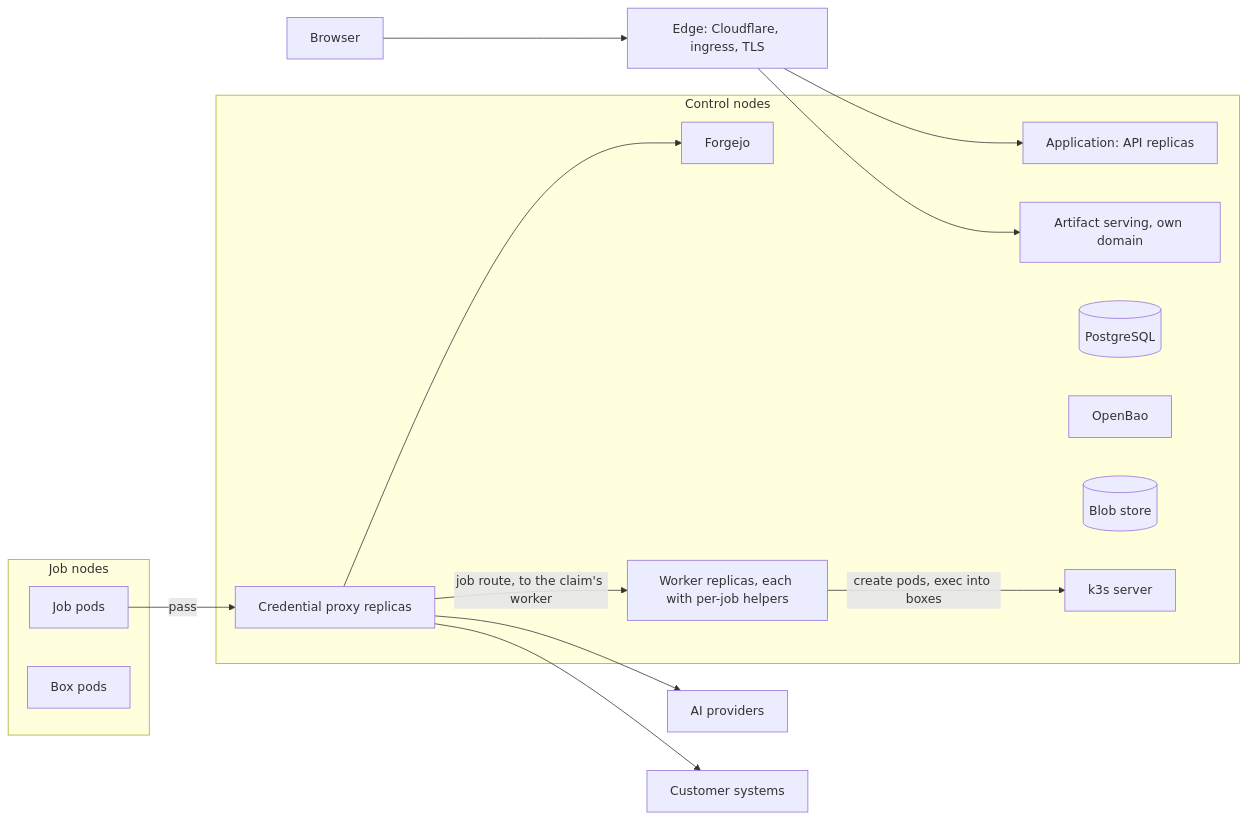
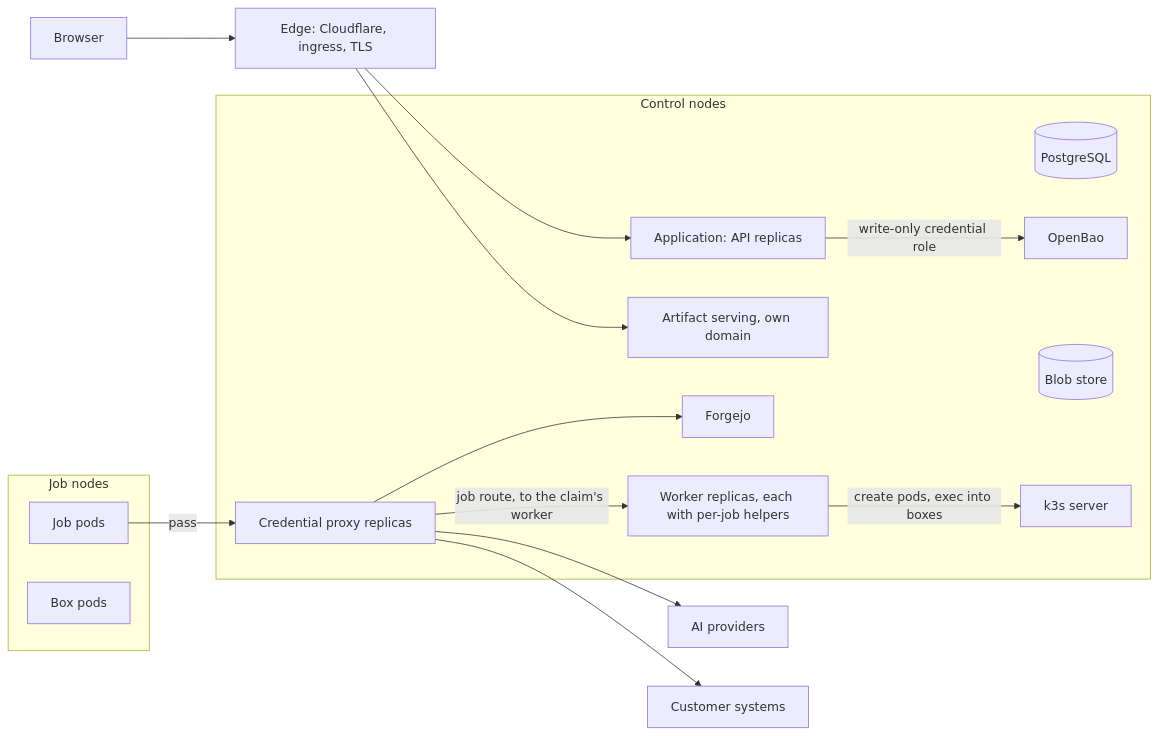
One commit to beetroot-salad/cyber-response-agent changed the diagram in defender/docs/decisions/vps-compose-deployment.md. Above: the diagram before and after it, drawn with Mermaid. The commit also changed other lines of this file and 12 other files, not shown here.

````diff
--- a/defender/docs/decisions/vps-compose-deployment.md
+++ b/defender/docs/decisions/vps-compose-deployment.md
@@ -178,27 +178,28 @@
 ```mermaid
 flowchart LR
     Browser --> Edge[Edge: Cloudflare, ingress, TLS]
     Edge --> API[Application: API replicas]
     Edge --> Art[Artifact serving, own domain]
     subgraph Control[Control nodes]
         API
         Art
         DB[(PostgreSQL)]
         Bao[OpenBao]
         Forge[Forgejo]
         Blob[(Blob store)]
         Proxy[Credential proxy replicas]
         K3s[k3s server]
         Worker[Worker replicas, each with per-job helpers]
     end
     subgraph JobNodes[Job nodes]
         Job[Job pods]
         Box[Box pods]
     end
     Job -->|pass| Proxy
     Proxy -->|job route, to the claim's worker| Worker
     Worker -->|create pods, exec into boxes| K3s
     Proxy --> Models[AI providers]
     Proxy --> Systems[Customer systems]
     Proxy --> Forge
+    API -->|write-only credential role| Bao
 ```
````
